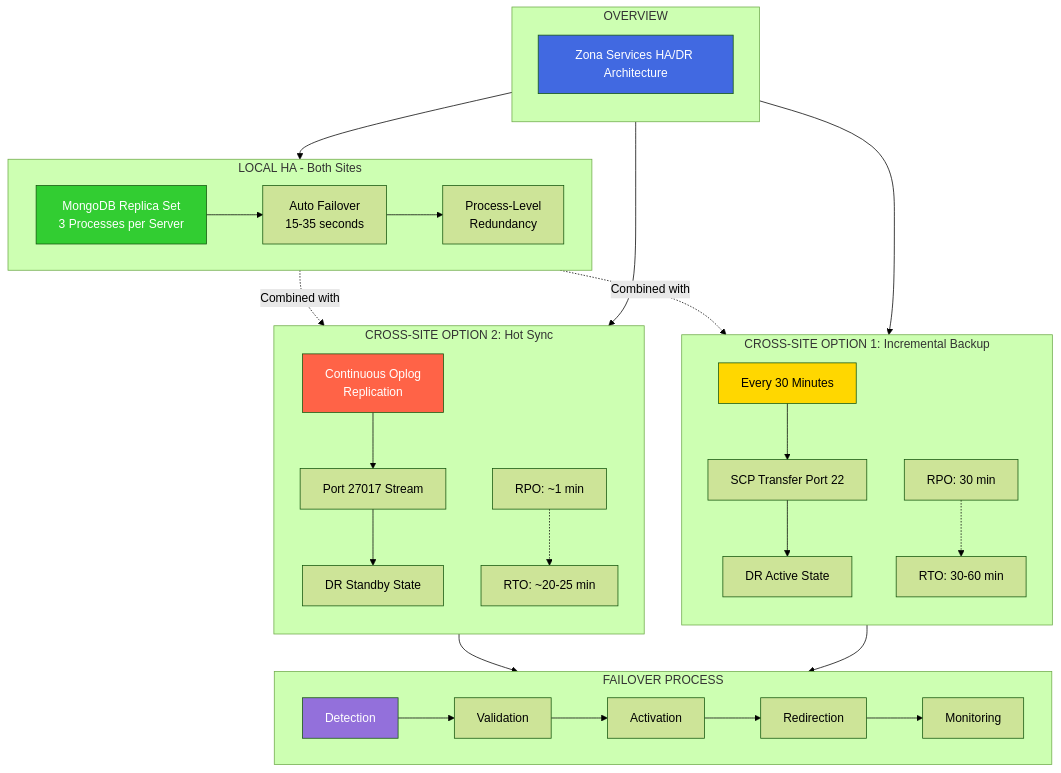
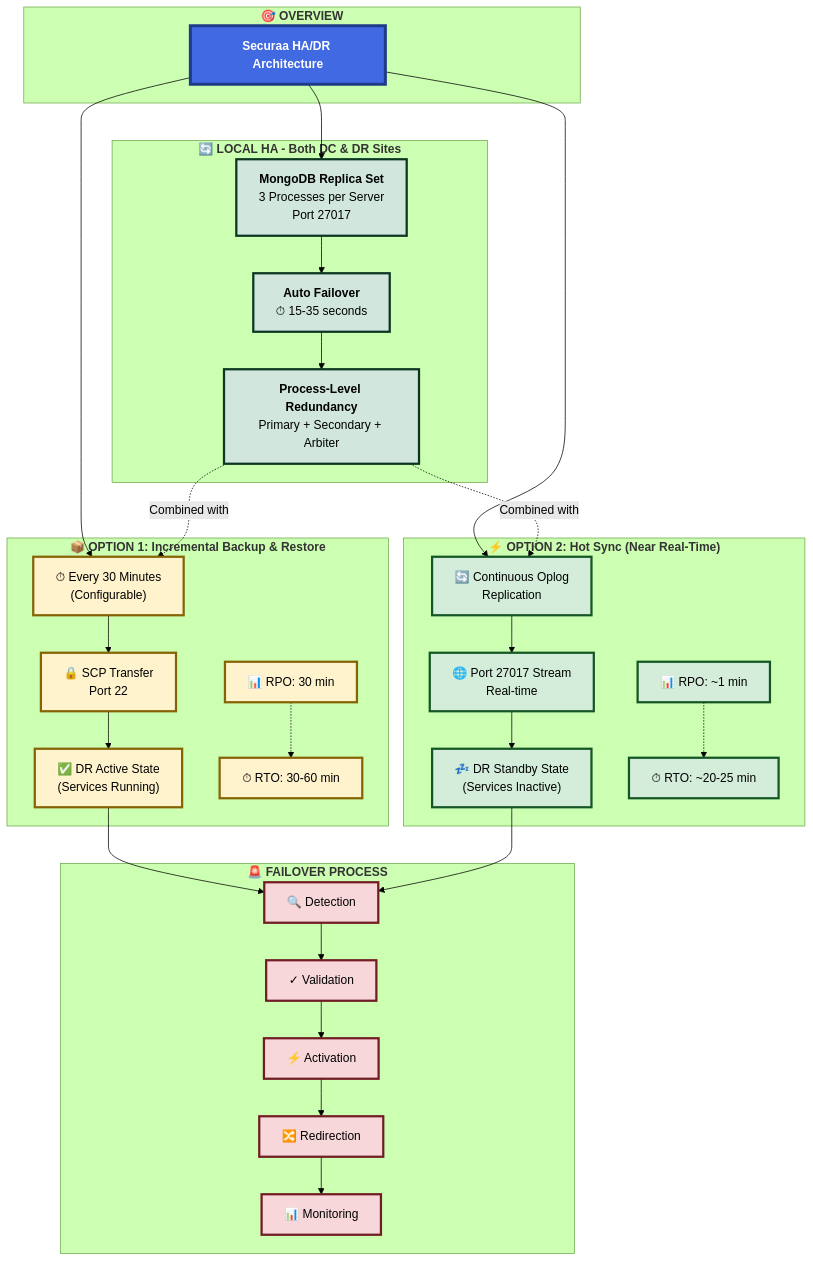
Before and after one commit to Vishwa0220/customers-docs: diagram 11 of 11 in HA_DR_Architecture_Documentation_dt.md, drawn with Mermaid (forest theme). The commit also changed other lines of this file, not shown here.

````diff
--- a/HA_DR_Architecture_Documentation_dt.md
+++ b/HA_DR_Architecture_Documentation_dt.md
@@ -719,64 +758,65 @@
 ```mermaid
 graph TB
-    subgraph "OVERVIEW"
-        direction TB
-        TITLE[Zona Services HA/DR Architecture]
+    subgraph OVERVIEW["<b>🎯 OVERVIEW</b>"]
+        TITLE["<b>Securaa HA/DR Architecture</b>"]
     end
     
-    subgraph "LOCAL HA - Both Sites"
-        direction LR
-        LHA1[MongoDB Replica Set<br/>3 Processes per Server]
-        LHA2[Auto Failover<br/>15-35 seconds]
-        LHA3[Process-Level<br/>Redundancy]
+    subgraph LHA["<b>🔄 LOCAL HA - Both DC & DR Sites</b>"]
+        LHA1["<b>MongoDB Replica Set</b><br/>3 Processes per Server<br/>Port 27017"]
+        LHA2["<b>Auto Failover</b><br/>⏱ 15-35 seconds"]
+        LHA3["<b>Process-Level Redundancy</b><br/>Primary + Secondary + Arbiter"]
         
         LHA1 --> LHA2 --> LHA3
     end
     
-    subgraph "CROSS-SITE OPTION 1: Incremental Backup"
-        direction TB
-        IB1[Every 30 Minutes]
-        IB2[SCP Transfer Port 22]
-        IB3[DR Active State]
-        IB4[RPO: 30 min]
-        IB5[RTO: 30-60 min]
+    subgraph IB["<b>📦 OPTION 1: Incremental Backup & Restore</b>"]
+        IB1["⏱ Every 30 Minutes<br/>(Configurable)"]
+        IB2["🔒 SCP Transfer<br/>Port 22"]
+        IB3["✅ DR Active State<br/>(Services Running)"]
+        IB4["📊 RPO: 30 min"]
+        IB5["⏱ RTO: 30-60 min"]
         
         IB1 --> IB2 --> IB3
         IB4 -.-> IB5
     end
     
-    subgraph "CROSS-SITE OPTION 2: Hot Sync"
-        direction TB
-        HS1[Continuous Oplog<br/>Replication]
-        HS2[Port 27017 Stream]
-        HS3[DR Standby State]
-        HS4[RPO: ~1 min]
-        HS5[RTO: ~20-25 min]
+    subgraph HS["<b>⚡ OPTION 2: Hot Sync (Near Real-Time)</b>"]
+        HS1["🔄 Continuous Oplog<br/>Replication"]
+        HS2["🌐 Port 27017 Stream<br/>Real-time"]
+        HS3["💤 DR Standby State<br/>(Services Inactive)"]
+        HS4["📊 RPO: ~1 min"]
+        HS5["⏱ RTO: ~20-25 min"]
         
         HS1 --> HS2 --> HS3
         HS4 -.-> HS5
     end
     
-    subgraph "FAILOVER PROCESS"
-        direction LR
-        FO1[Detection] --> FO2[Validation]
-        FO2 --> FO3[Activation]
-        FO3 --> FO4[Redirection]
-        FO4 --> FO5[Monitoring]
+    subgraph FO["<b>🚨 FAILOVER PROCESS</b>"]
+        FO1["🔍 Detection"] --> FO2["✓ Validation"]
+        FO2 --> FO3["⚡ Activation"]
+        FO3 --> FO4["🔀 Redirection"]
+        FO4 --> FO5["📊 Monitoring"]
     end
     
     TITLE --> LHA1
     TITLE --> IB1
     TITLE --> HS1
     
-    LHA3 -.->|Combined with| IB1
-    LHA3 -.->|Combined with| HS1
+    LHA3 -.->|"Combined with"| IB1
+    LHA3 -.->|"Combined with"| HS1
     
     IB3 --> FO1
     HS3 --> FO1
     
-    style TITLE fill:#4169E1,color:#fff
-    style LHA1 fill:#32CD32,color:#fff
-    style IB1 fill:#FFD700
-    style HS1 fill:#FF6347,color:#fff
-    style FO1 fill:#9370DB,color:#fff
+    classDef titleStyle fill:#4169e1,stroke:#1e3a8a,stroke-width:4px,color:#fff,font-size:16px
+    classDef localHA fill:#d1e7dd,stroke:#0a3622,stroke-width:3px,color:#000
+    classDef backup fill:#fff3cd,stroke:#856404,stroke-width:3px,color:#000
+    classDef hotSync fill:#d4edda,stroke:#155724,stroke-width:3px,color:#000
+    classDef failover fill:#f8d7da,stroke:#721c24,stroke-width:3px,color:#000
+    
+    class TITLE titleStyle
+    class LHA1,LHA2,LHA3 localHA
+    class IB1,IB2,IB3,IB4,IB5 backup
+    class HS1,HS2,HS3,HS4,HS5 hotSync
+    class FO1,FO2,FO3,FO4,FO5 failover
 ```
````
